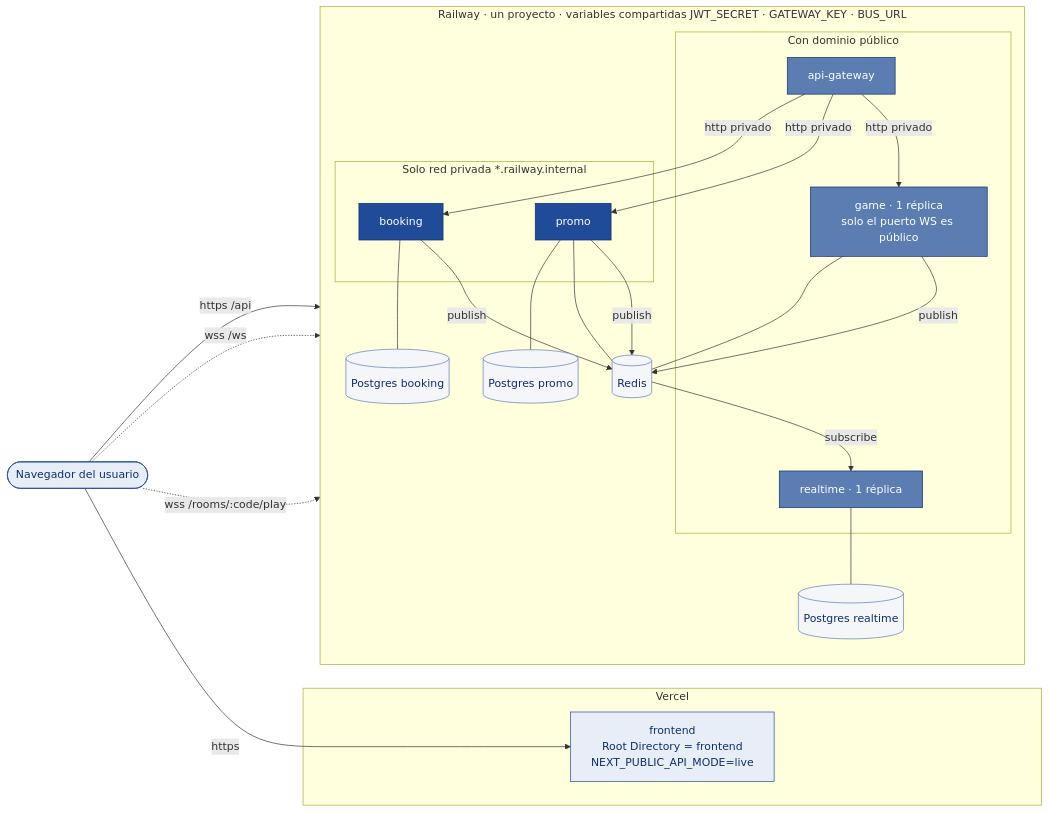
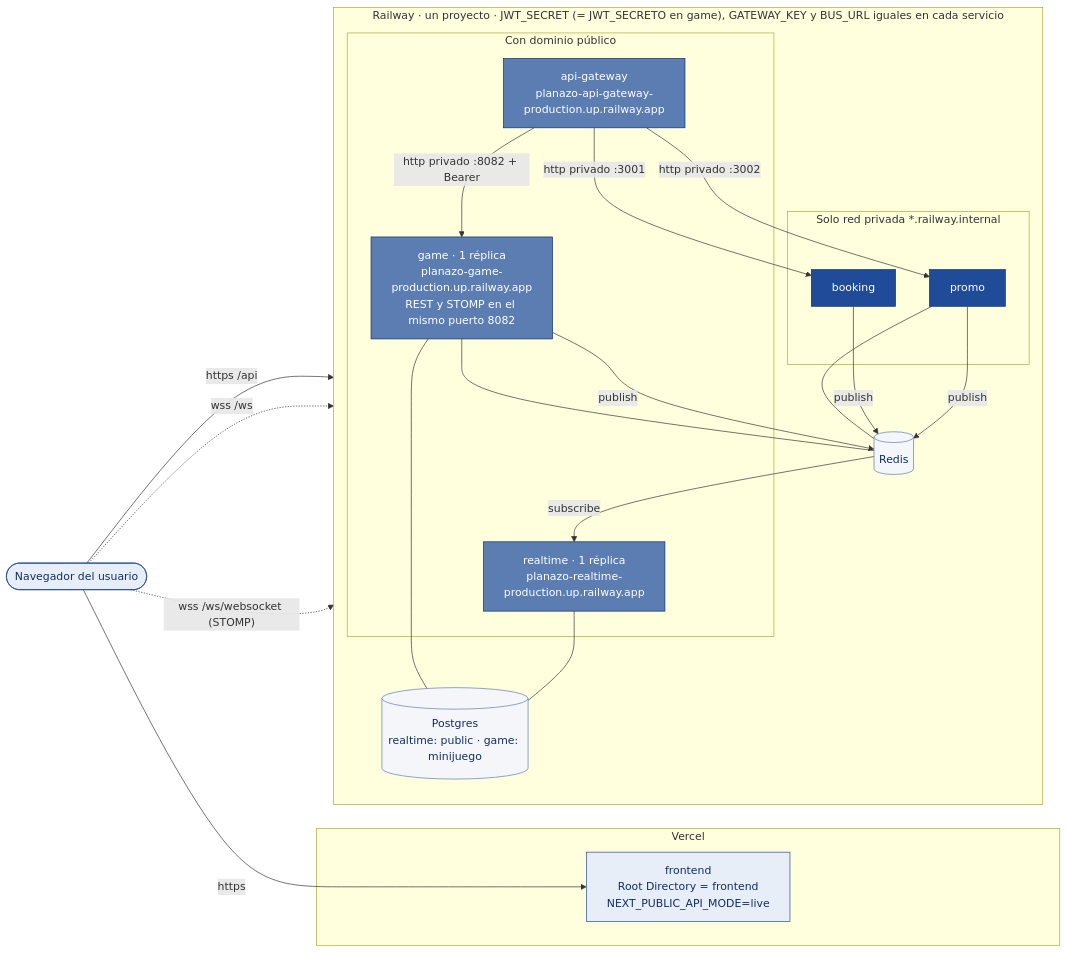
One commit to planazo-team/planazo-frontend changed the third of 13 diagrams in docs/diagramas.md. Above: the diagram before and after it, drawn with Mermaid. The commit also changed other lines of this file and 7 other files, not shown here.

````diff
--- a/docs/diagramas.md
+++ b/docs/diagramas.md
@@ -104,45 +104,42 @@
 ```mermaid
 flowchart LR
   classDef ext fill:#e8eef8,stroke:#1f4b99,color:#0f2f66
   classDef pub fill:#5b7db1,stroke:#0f2f66,color:#fff
   classDef priv fill:#1f4b99,stroke:#0f2f66,color:#fff
   classDef db fill:#f4f6fa,stroke:#5b7db1,color:#0f2f66
 
   U([Navegador del usuario]):::ext
 
   subgraph Vercel
     FE[frontend<br/>Root Directory = frontend<br/>NEXT_PUBLIC_API_MODE=live]:::ext
   end
 
-  subgraph Railway["Railway · un proyecto · variables compartidas JWT_SECRET · GATEWAY_KEY · BUS_URL"]
+  subgraph Railway["Railway · un proyecto · JWT_SECRET (= JWT_SECRETO en game), GATEWAY_KEY y BUS_URL iguales en cada servicio"]
     direction TB
     subgraph Publico["Con dominio público"]
-      GW[api-gateway]:::pub
-      RT[realtime · 1 réplica]:::pub
-      GM[game · 1 réplica<br/>solo el puerto WS es público]:::pub
+      GW[api-gateway<br/>planazo-api-gateway-production.up.railway.app]:::pub
+      RT[realtime · 1 réplica<br/>planazo-realtime-production.up.railway.app]:::pub
+      GM[game · 1 réplica<br/>planazo-game-production.up.railway.app<br/>REST y STOMP en el mismo puerto 8082]:::pub
     end
     subgraph Privado["Solo red privada *.railway.internal"]
       BK[booking]:::priv
       PR[promo]:::priv
     end
-    PG1[(Postgres booking)]:::db
-    PG2[(Postgres promo)]:::db
-    PG3[(Postgres realtime)]:::db
+    PG[(Postgres<br/>realtime: public · game: minijuego)]:::db
     RD[(Redis)]:::db
   end
 
   U -->|https| FE
   U -->|"https /api"| GW
   U -.->|"wss /ws"| RT
-  U -.->|"wss /rooms/:code/play"| GM
-  GW -->|http privado| BK
-  GW -->|http privado| PR
-  GW -->|http privado| GM
-  BK --- PG1
-  PR --- PG2
+  U -.->|"wss /ws/websocket (STOMP)"| GM
+  GW -->|http privado :3001| BK
+  GW -->|http privado :3002| PR
+  GW -->|http privado :8082 + Bearer| GM
   PR --- RD
   GM --- RD
-  RT --- PG3
+  GM --- PG
+  RT --- PG
   BK & PR & GM -->|publish| RD
   RD -->|subscribe| RT
 ```
````
